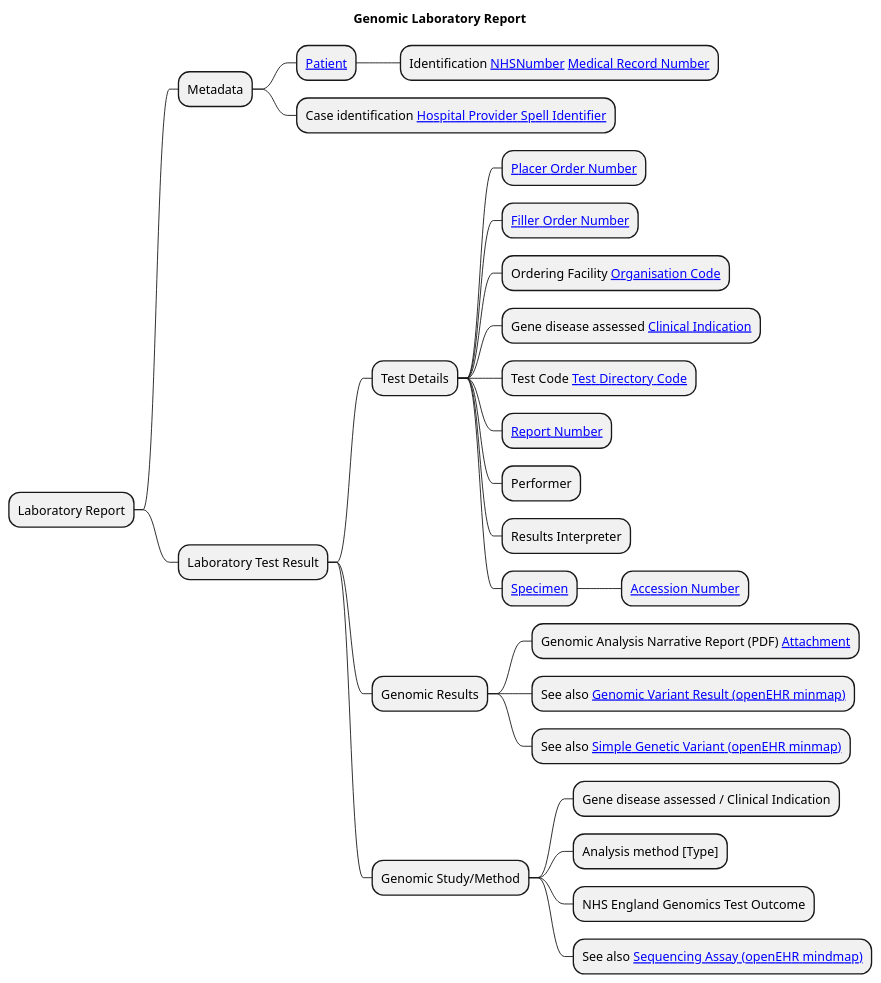
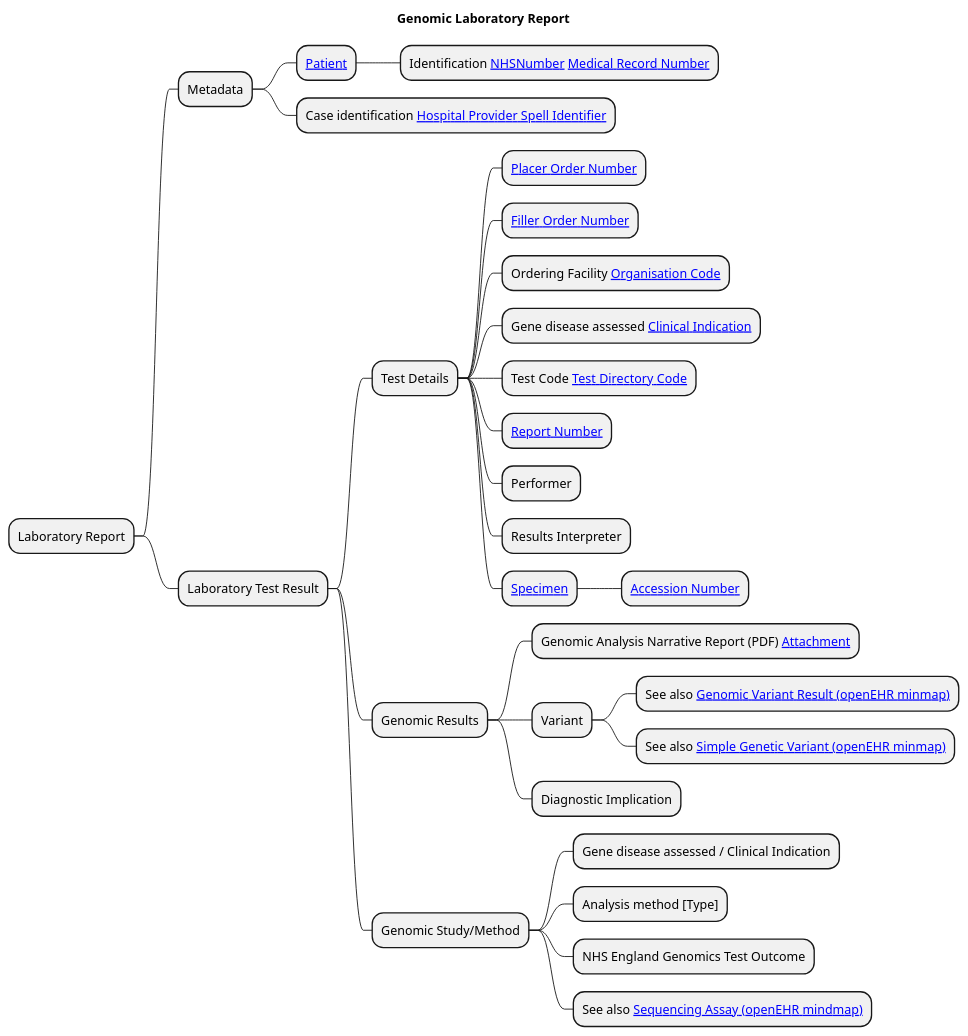
The diagram in input/images-source/LaboratoryReport-mindmap.plantuml (uk-gov-mirror/nw-gmsa.nw-gmsa.github.com), drawn with PlantUML before and after one commit. The commit also changed 1 other file, not shown here.

```diff
--- a/input/images-source/LaboratoryReport-mindmap.plantuml
+++ b/input/images-source/LaboratoryReport-mindmap.plantuml
@@ -1,32 +1,34 @@
 @startmindmap
 
 title "Genomic Laboratory Report"
 
 * Laboratory Report
 ** Metadata
 *** [[StructureDefinition-Patient.html Patient]]
 **** Identification [[StructureDefinition-NHSNumber.html NHSNumber]] [[StructureDefinition-MedicalRecordNumber.html Medical Record Number]]
 *** Case identification [[StructureDefinition-HospitalProviderSpellIdentifier.html Hospital Provider Spell Identifier]]
 ** Laboratory Test Result
 *** Test Details
 **** [[StructureDefinition-PlacerOrderNumber.html Placer Order Number]]
 **** [[StructureDefinition-FillerOrderNumber.html Filler Order Number]]
 **** Ordering Facility [[StructureDefinition-OrganisationCode.html Organisation Code]]
 **** Gene disease assessed [[CodeSystem-GenomicClinicalIndication.html Clinical Indication]]
 **** Test Code [[CodeSystem-GenomicTestCode.html Test Directory Code]]
 **** [[StructureDefinition-ReportNumber.html Report Number]]
 **** Performer
 **** Results Interpreter
 **** [[StructureDefinition-Specimen.html Specimen]]
 ***** [[StructureDefinition-AccessionNumber.html Accession Number]]
 *** Genomic Results
 **** Genomic Analysis Narrative Report (PDF) [[StructureDefinition-NWAttachment.html Attachment]]
-**** See also [[https://ckm.openehr.org/ckm/archetypes/1013.1.3759/mindmap Genomic Variant Result (openEHR minmap)]]
-**** See also [[https://ckm.openehr.org/ckm/archetypes/1013.1.4858/mindmap Simple Genetic Variant (openEHR minmap)]]
+**** Variant
+***** See also [[https://ckm.openehr.org/ckm/archetypes/1013.1.3759/mindmap Genomic Variant Result (openEHR minmap)]]
+***** See also [[https://ckm.openehr.org/ckm/archetypes/1013.1.4858/mindmap Simple Genetic Variant (openEHR minmap)]]
+**** Diagnostic Implication
 *** Genomic Study/Method
 **** Gene disease assessed / Clinical Indication
 **** Analysis method [Type]
 **** NHS England Genomics Test Outcome
 **** See also [[https://ckm.openehr.org/ckm/archetypes/1013.1.4256/mindmap Sequencing Assay (openEHR mindmap)]]
 
 @endmindmap
```
